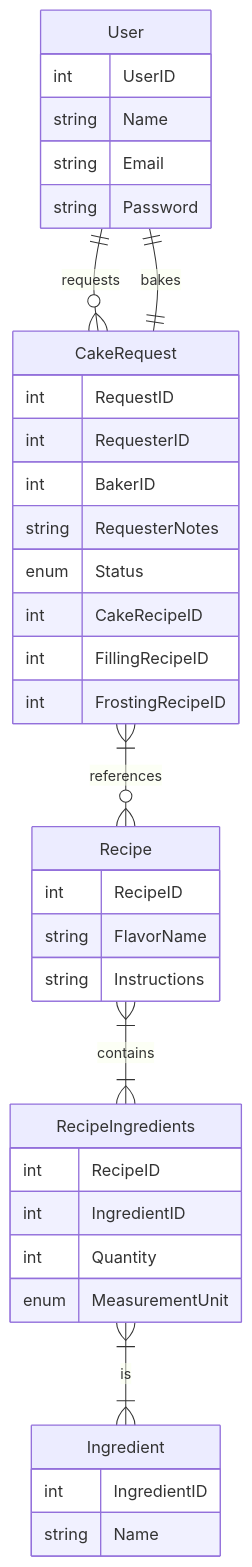
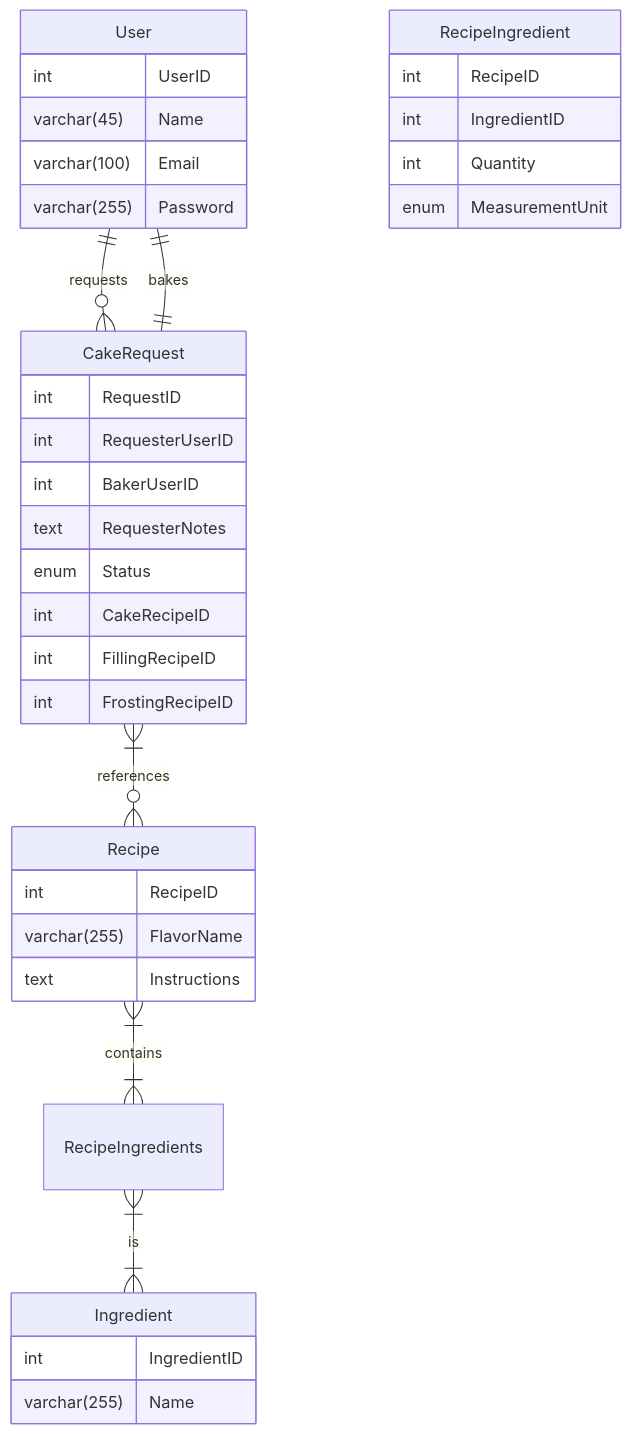
One commit to shoshannaTM/CakeQuest.springboot changed the second of 2 diagrams in README.md. Above: the diagram before and after it, drawn with Mermaid.

Commit message:
Update README.md edited ERD

````diff
--- a/README.md
+++ b/README.md
@@ -42,41 +42,41 @@
 ```mermaid
 erDiagram
     User {
         int UserID
-        string Name
-        string Email
-        string Password
+        varchar(45) Name
+        varchar(100) Email
+        varchar(255) Password
     }
     CakeRequest {
         int RequestID
-        int RequesterID
-        int BakerID
-        string RequesterNotes
+        int RequesterUserID
+        int BakerUserID
+        text RequesterNotes
         enum Status
         int CakeRecipeID
         int FillingRecipeID
         int FrostingRecipeID
     }
     Recipe {
         int RecipeID
-        string FlavorName
-        string Instructions
+        varchar(255) FlavorName
+        text Instructions
     }
-    RecipeIngredients {
+    RecipeIngredient {
         int RecipeID
         int IngredientID
         int Quantity
         enum MeasurementUnit
     }
     Ingredient {
         int IngredientID
-        string Name
+        varchar(255) Name
     }
  
 
     User ||--o{ CakeRequest : requests
     CakeRequest ||--|| User : bakes
     CakeRequest }|--o{ Recipe : references
     Recipe }|--|{ RecipeIngredients : contains
     RecipeIngredients }|--|{ Ingredient : is
 ```
````
